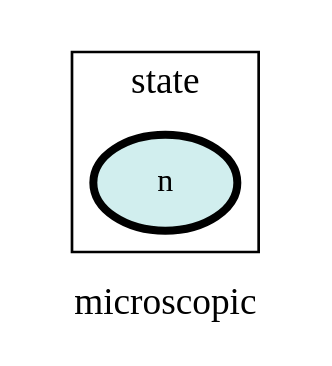
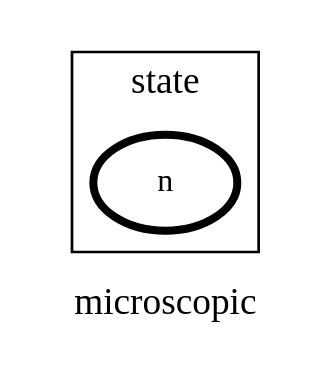
One commit to heinz-preisig/processes_distributed_no_interface_eqs changed the diagram in ontology_graphs/graph__microscopic.dot. Above: the diagram before and after it, drawn with Graphviz. The commit also changed 43 other files, not shown here.

```diff
--- a/ontology_graphs/graph__microscopic.dot
+++ b/ontology_graphs/graph__microscopic.dot
@@ -1,60 +1,60 @@
 digraph microscopic {
 label=microscopic;
 rankdir=LR;
 subgraph cluster_microscopic___network {
 label=network;
 rankdir=LR;
 }
 
 subgraph cluster_microscopic___differenceOperator {
 label=differenceOperator;
 rankdir=LR;
 }
 
 subgraph cluster_microscopic___frame {
 label=frame;
 rankdir=LR;
 }
 
 subgraph cluster_microscopic___state {
 label=state;
 rankdir=LR;
-V_1 [fillcolor=lightcyan2, fontsize=12, label=n, penwidth=3, style=filled];
+V_1 [fillcolor=white, fontsize=12, label=n, penwidth=3, style=filled];
 }
 
 subgraph cluster_microscopic___constant {
 label=constant;
 rankdir=LR;
 }
 
 subgraph cluster_microscopic___effort {
 label=effort;
 rankdir=LR;
 }
 
 subgraph cluster_microscopic___secondaryState {
 label=secondaryState;
 rankdir=LR;
 }
 
 subgraph cluster_microscopic___diffState {
 label=diffState;
 rankdir=LR;
 }
 
 subgraph cluster_microscopic___conversion {
 label=conversion;
 rankdir=LR;
 }
 
 subgraph cluster_microscopic___controlInput {
 label=controlInput;
 rankdir=LR;
 }
 
 subgraph cluster_microscopic___observation {
 label=observation;
 rankdir=LR;
 }
 
 }
```
